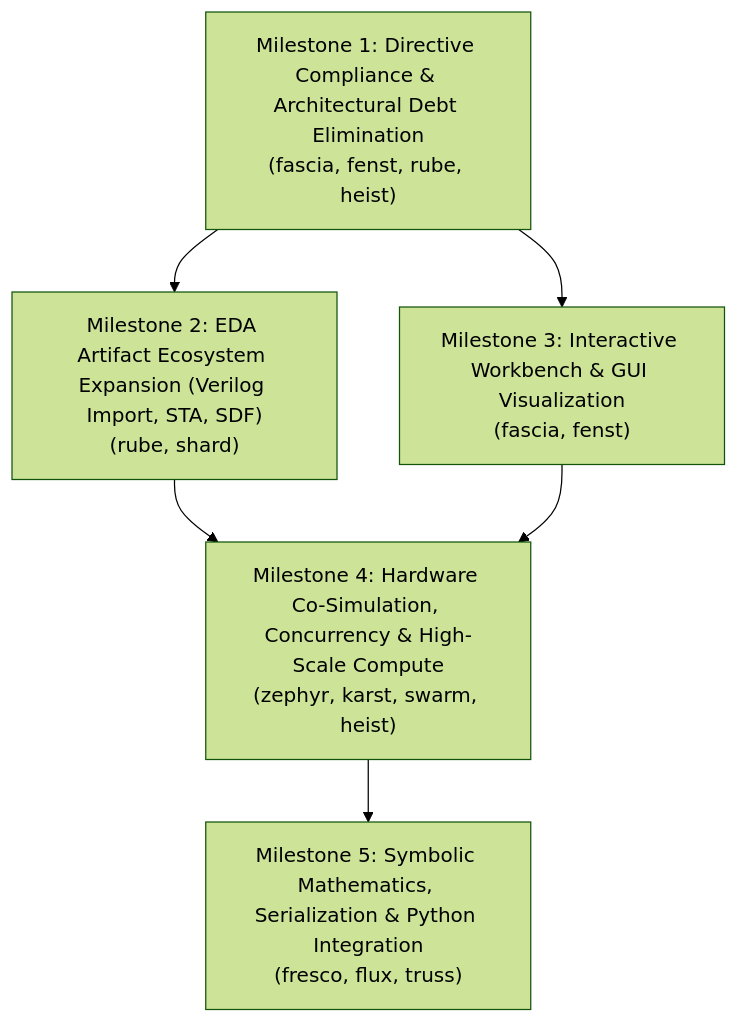
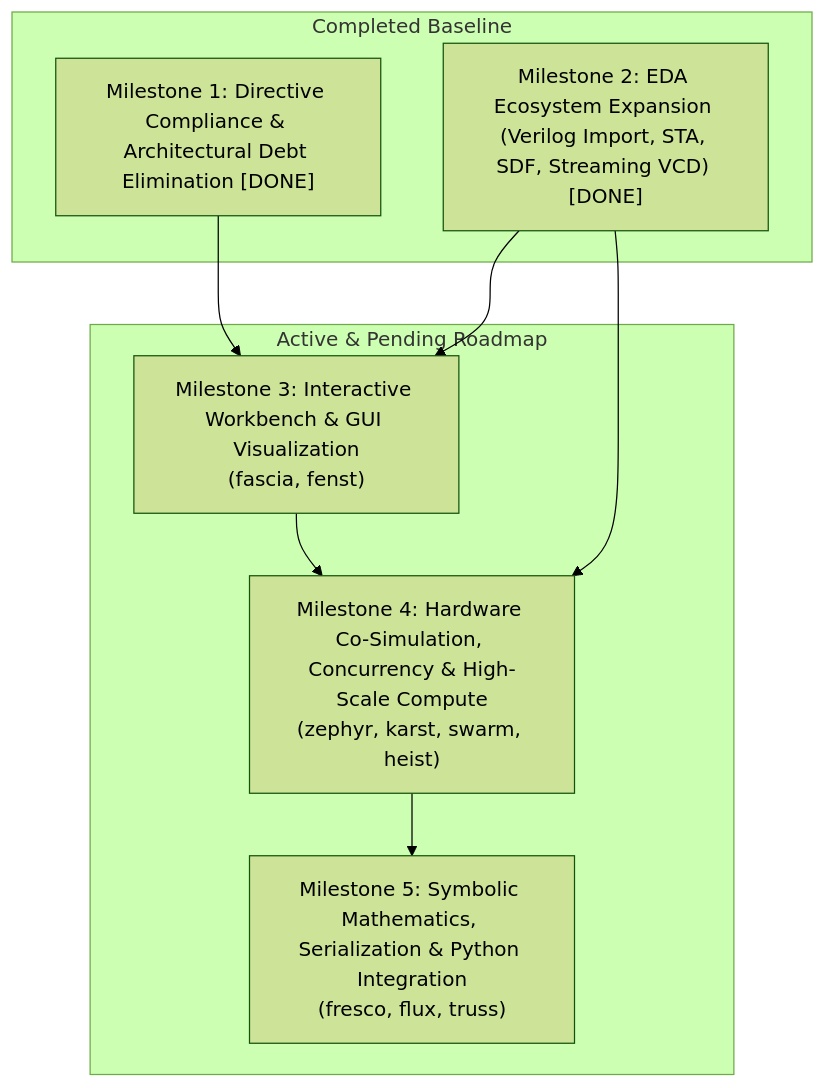
Before and after one commit to jswarup/Trellis: the diagram in wiki/plans/master-engineering-plan.md, drawn with Mermaid (forest theme). The commit also changed other lines of this file and 24 other files, not shown here.

First line of the commit message:
feat(eda, fascia, silo): complete Milestones 1 & 2, live schematic probing, and roadmap pruning

````diff
--- a/wiki/plans/master-engineering-plan.md
+++ b/wiki/plans/master-engineering-plan.md
@@ -58,8 +41,19 @@
 ```mermaid
 flowchart TD
-    M1["Milestone 1: Directive Compliance & Architectural Debt Elimination\n(fascia, fenst, rube, heist)"] --> M2["Milestone 2: EDA Artifact Ecosystem Expansion (Verilog Import, STA, SDF)\n(rube, shard)"]
-    M1 --> M3["Milestone 3: Interactive Workbench & GUI Visualization\n(fascia, fenst)"]
-    M2 --> M4["Milestone 4: Hardware Co-Simulation, Concurrency & High-Scale Compute\n(zephyr, karst, swarm, heist)"]
+    subgraph Completed["Completed Baseline"]
+        M1["Milestone 1: Directive Compliance & Architectural Debt Elimination [DONE]"]
+        M2["Milestone 2: EDA Ecosystem Expansion (Verilog Import, STA, SDF, Streaming VCD) [DONE]"]
+    end
+
+    subgraph Active["Active & Pending Roadmap"]
+        M3["Milestone 3: Interactive Workbench & GUI Visualization\n(fascia, fenst)"]
+        M4["Milestone 4: Hardware Co-Simulation, Concurrency & High-Scale Compute\n(zephyr, karst, swarm, heist)"]
+        M5["Milestone 5: Symbolic Mathematics, Serialization & Python Integration\n(fresco, flux, truss)"]
+    end
+
+    M1 --> M3
+    M2 --> M3
+    M2 --> M4
     M3 --> M4
-    M4 --> M5["Milestone 5: Symbolic Mathematics, Serialization & Python Integration\n(fresco, flux, truss)"]
+    M4 --> M5
 ```
````
